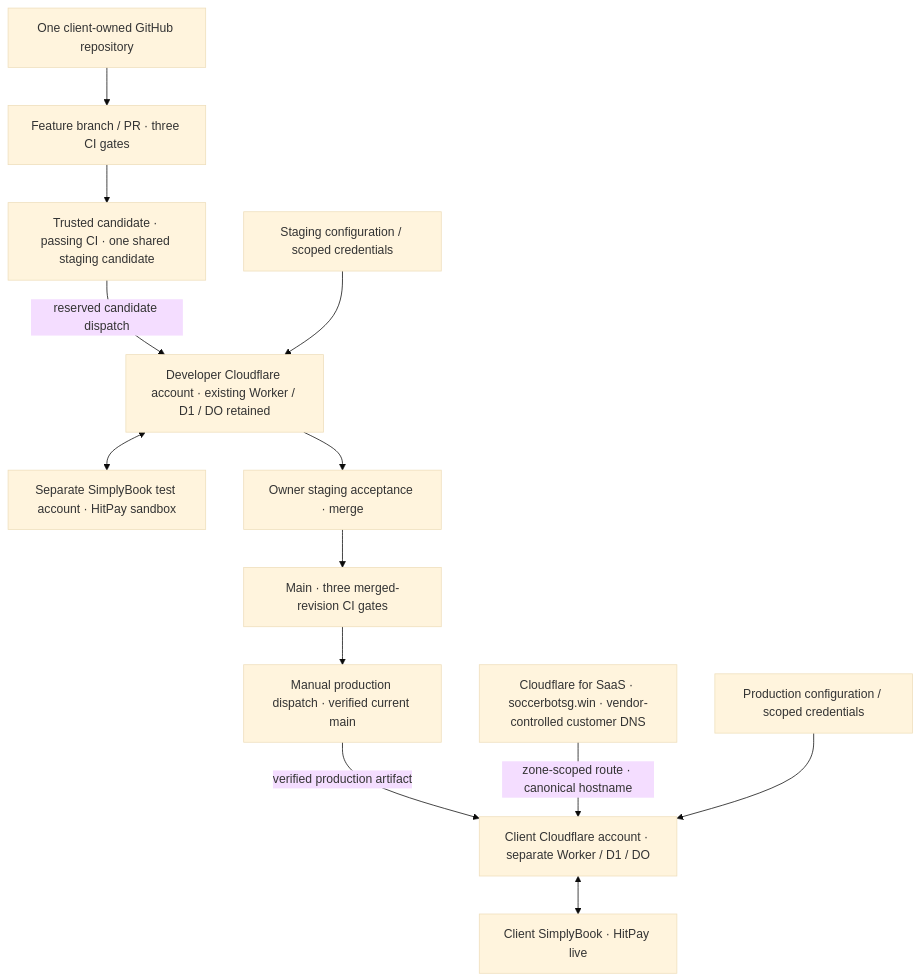
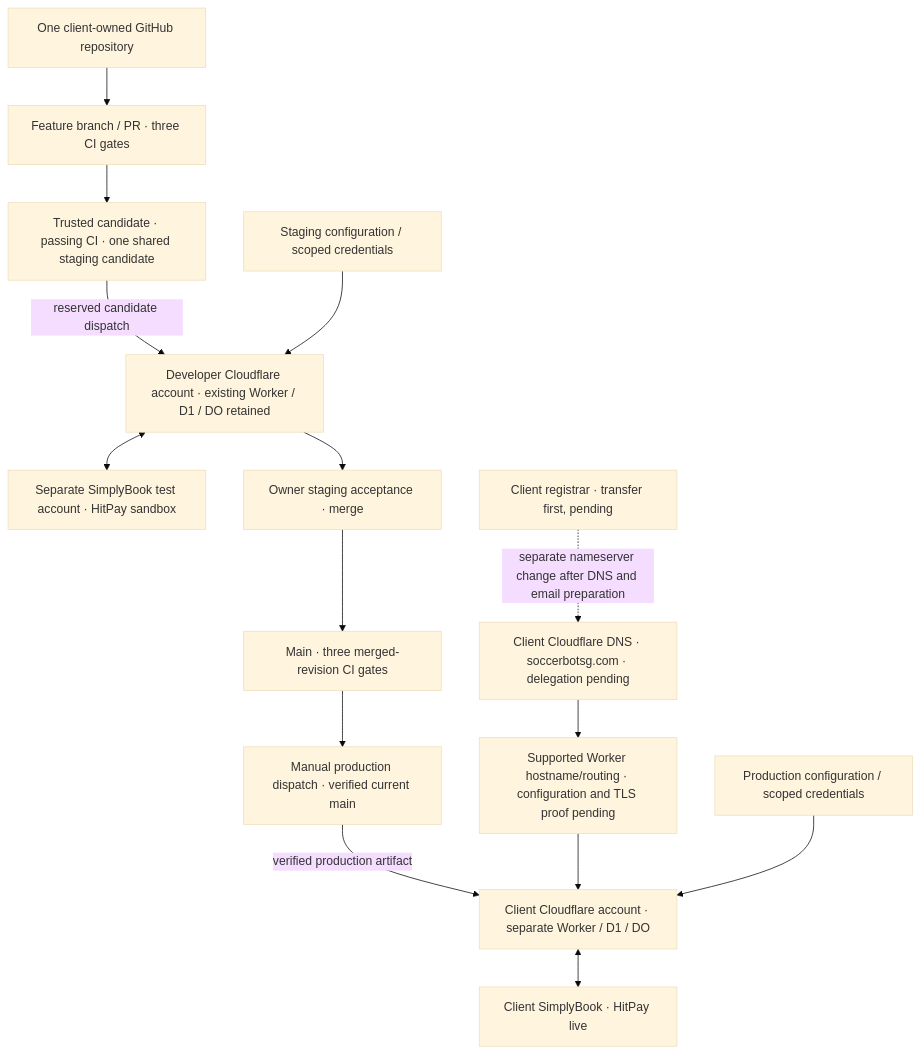
Before and after one commit to soccerbotstudiosg/soccerbotstudioSG: the second of 2 diagrams in docs/architecture/diagram.md, drawn with Mermaid (base theme). The commit also changed other lines of this file and 16 other files, not shown here.

````diff
--- a/docs/architecture/diagram.md
+++ b/docs/architecture/diagram.md
@@ -58,25 +58,28 @@
 ```mermaid
 flowchart TB
   Repo["One client-owned GitHub repository"]
   PR["Feature branch / PR · three CI gates"]
   StageGate["Trusted candidate · passing CI · one shared staging candidate"]
   Stage["Developer Cloudflare account · existing Worker / D1 / DO retained"]
   TestProviders["Separate SimplyBook test account · HitPay sandbox"]
   Review["Owner staging acceptance · merge"]
   Main["Main · three merged-revision CI gates"]
   Approval["Manual production dispatch · verified current main"]
   Prod["Client Cloudflare account · separate Worker / D1 / DO"]
-  SaaS["Cloudflare for SaaS · soccerbotsg.win · vendor-controlled customer DNS"]
+  Registrar["Client registrar · transfer first, pending"]
+  DNS["Client Cloudflare DNS · soccerbotsg.com · delegation pending"]
+  Host["Supported Worker hostname/routing · configuration and TLS proof pending"]
   LiveProviders["Client SimplyBook · HitPay live"]
   StageSecrets["Staging configuration / scoped credentials"]
   ProdSecrets["Production configuration / scoped credentials"]
   Repo --> PR --> StageGate
   StageGate -->|reserved candidate dispatch| Stage
   StageSecrets --> Stage
   Stage <--> TestProviders
   Stage --> Review --> Main --> Approval
   Approval -->|verified production artifact| Prod
-  SaaS -->|zone-scoped route · canonical hostname| Prod
+  Registrar -.->|separate nameserver change after DNS and email preparation| DNS
+  DNS --> Host --> Prod
   ProdSecrets --> Prod
   Prod <--> LiveProviders
 ```
````
